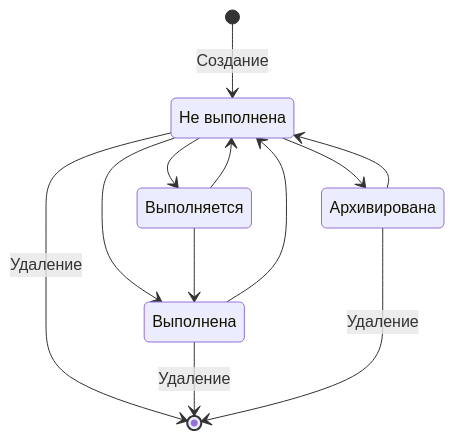
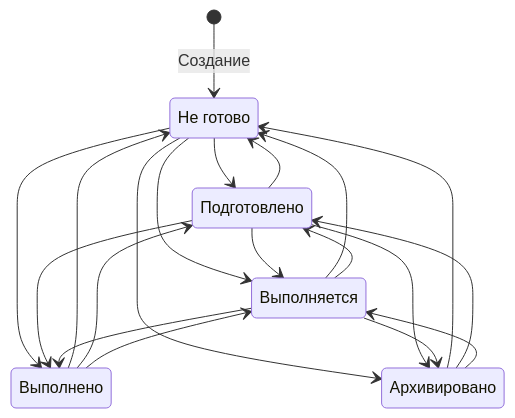
One commit to Kibnet/Unlimotion changed the diagram in README.RU.md. Above: the diagram before and after it, drawn with Mermaid. The commit also changed other lines of this file and 53 other files, not shown here.

````diff
--- a/README.RU.md
+++ b/README.RU.md
@@ -39,18 +43,27 @@
 ```mermaid
 stateDiagram-v2
-    uncomplited: Не выполнена
-    inprogress: Выполняется
-    archieved: Архивирована
-    completed: Выполнена
-    [*] --> uncomplited: Создание
-    uncomplited --> [*]: Удаление
-    completed--> [*]: Удаление
-    archieved --> [*]: Удаление
-    uncomplited --> completed
-    uncomplited --> archieved
-    uncomplited --> inprogress
-    inprogress --> uncomplited
-    inprogress --> completed
-    completed --> uncomplited
-    archieved --> uncomplited
+    notReady: Не готово
+    prepared: Подготовлено
+    inProgress: Выполняется
+    completed: Выполнено
+    archived: Архивировано
+    [*] --> notReady: Создание
+    notReady --> prepared
+    notReady --> inProgress
+    notReady --> completed
+    notReady --> archived
+    prepared --> notReady
+    prepared --> inProgress
+    prepared --> completed
+    prepared --> archived
+    inProgress --> notReady
+    inProgress --> prepared
+    inProgress --> completed
+    inProgress --> archived
+    archived --> notReady
+    archived --> prepared
+    archived --> inProgress
+    completed --> notReady
+    completed --> prepared
+    completed --> inProgress
 ```
````
